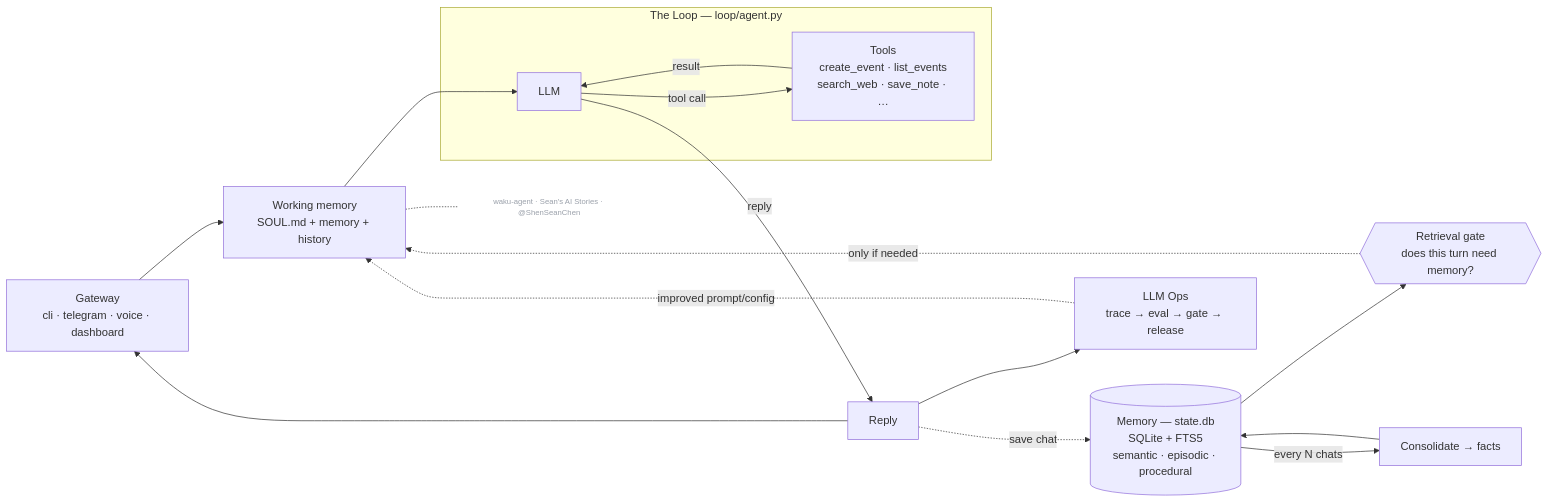
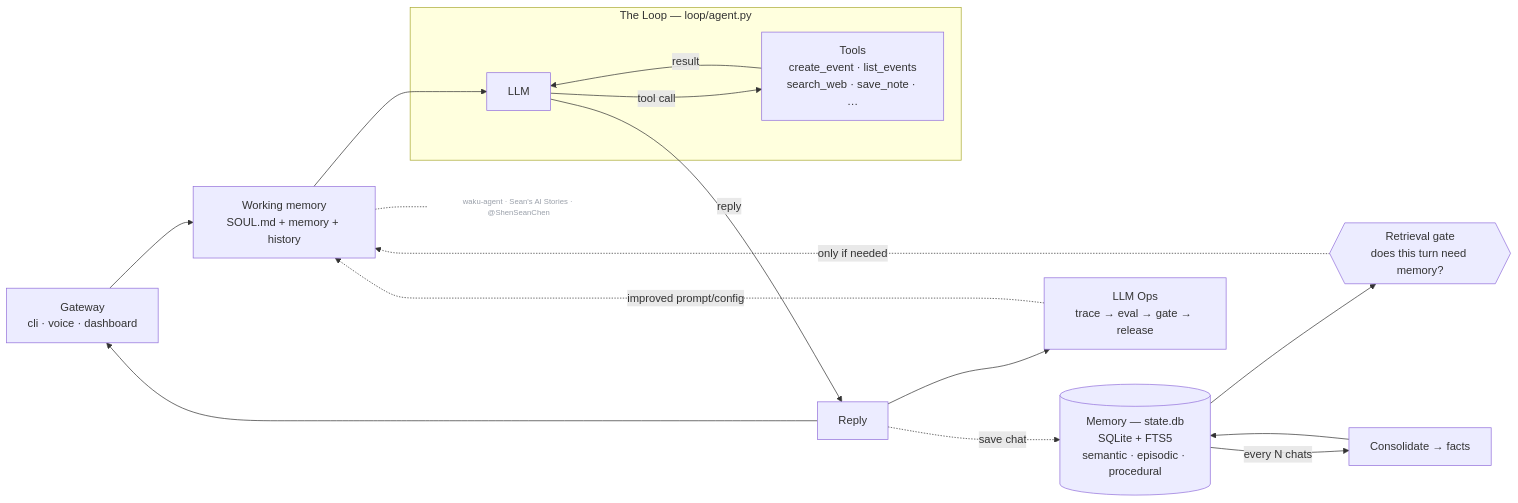
One commit to nangbwsx-gif/PP-Agent changed the second of 2 diagrams in docs/architecture.md. Above: the diagram before and after it, drawn with Mermaid. The commit also changed other lines of this file and 48 other files, not shown here.

````diff
--- a/docs/architecture.md
+++ b/docs/architecture.md
@@ -59,18 +58,18 @@
 ```mermaid
 flowchart LR
-  GW["Gateway<br/>cli · telegram · voice · dashboard"] --> WM["Working memory<br/>SOUL.md + memory + history"]
+  GW["Gateway<br/>cli · voice · dashboard"] --> WM["Working memory<br/>SOUL.md + memory + history"]
   WM --> LLM
   subgraph LOOP["The Loop — loop/agent.py"]
     LLM["LLM"] -->|tool call| TOOLS["Tools<br/>create_event · list_events<br/>search_web · save_note · …"]
     TOOLS -->|result| LLM
   end
   LLM -->|reply| REPLY["Reply"] --> GW
   GATE{{"Retrieval gate<br/>does this turn need memory?"}} -. only if needed .-> WM
   MEM[("Memory — state.db<br/>SQLite + FTS5<br/>semantic · episodic · procedural")] --> GATE
   REPLY -. save chat .-> MEM
   MEM -->|every N chats| CONS["Consolidate → facts"] --> MEM
   REPLY --> OPS["LLM Ops<br/>trace → eval → gate → release"]
   OPS -. improved prompt/config .-> WM
   WM -.- WATERMARK["waku-agent · Sean's AI Stories · @ShenSeanChen"]:::wm
   classDef wm fill:none,stroke:none,color:#9aa0aa,font-size:11px;
 ```
````
